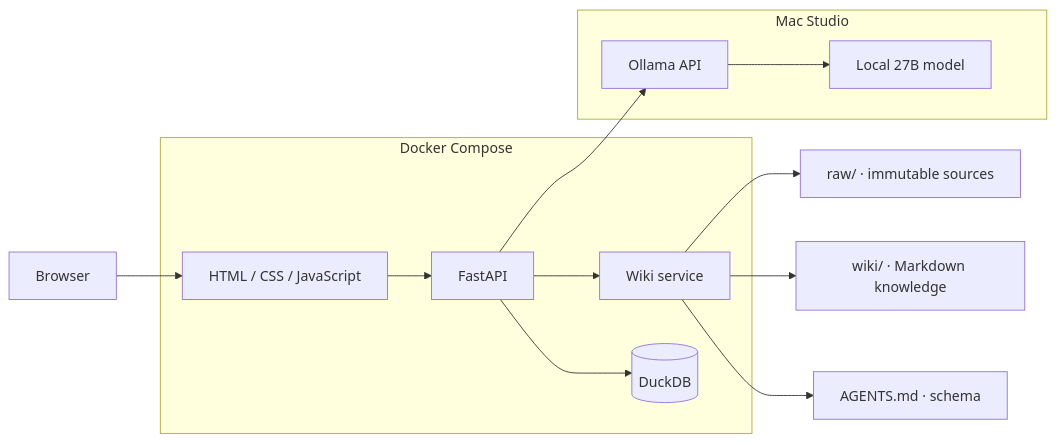
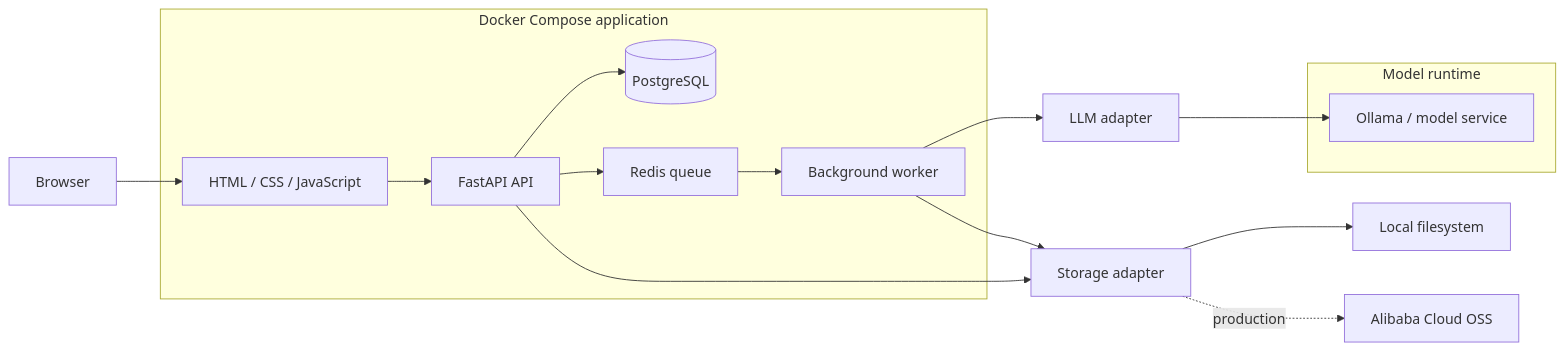
Before and after one commit to Archangel-he/local-llm-wiki: the diagram in README.md, drawn with Mermaid. The commit also changed other lines of this file, not shown here.

Commit message:
docs: revise roadmap for multi-user growth

````diff
--- a/README.md
+++ b/README.md
@@ -33,26 +66,28 @@
 ```mermaid
 flowchart LR
     U["Browser"] --> F["HTML / CSS / JavaScript"]
-    F --> A["FastAPI"]
+    F --> A["FastAPI API"]
 
-    A --> W["Wiki service"]
-    A --> D[("DuckDB")]
-    A --> O["Ollama API"]
-    O --> M["Local 27B model"]
+    A --> P[("PostgreSQL")]
+    A --> Q["Redis queue"]
+    A --> S["Storage adapter"]
+    Q --> W["Background worker"]
+    W --> L["LLM adapter"]
+    W --> S
+    L --> O["Ollama / model service"]
 
-    W --> R["raw/ · immutable sources"]
-    W --> K["wiki/ · Markdown knowledge"]
-    W --> S["AGENTS.md · schema"]
+    S --> FS["Local filesystem"]
+    S -. "production" .-> OSS["Alibaba Cloud OSS"]
 
-    subgraph Docker Compose
+    subgraph APP["Docker Compose application"]
         F
         A
-        D
+        P
+        Q
         W
     end
 
-    subgraph Mac Studio
+    subgraph MODEL["Model runtime"]
         O
-        M
     end
 ```
````
